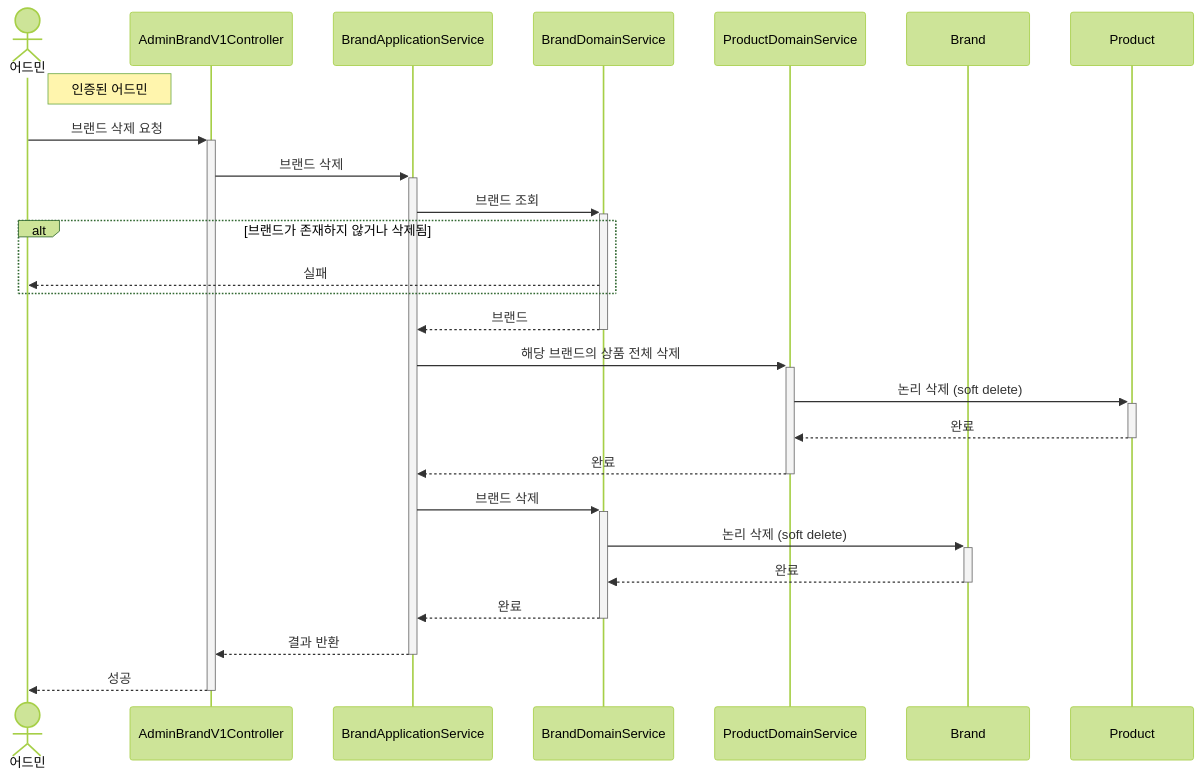
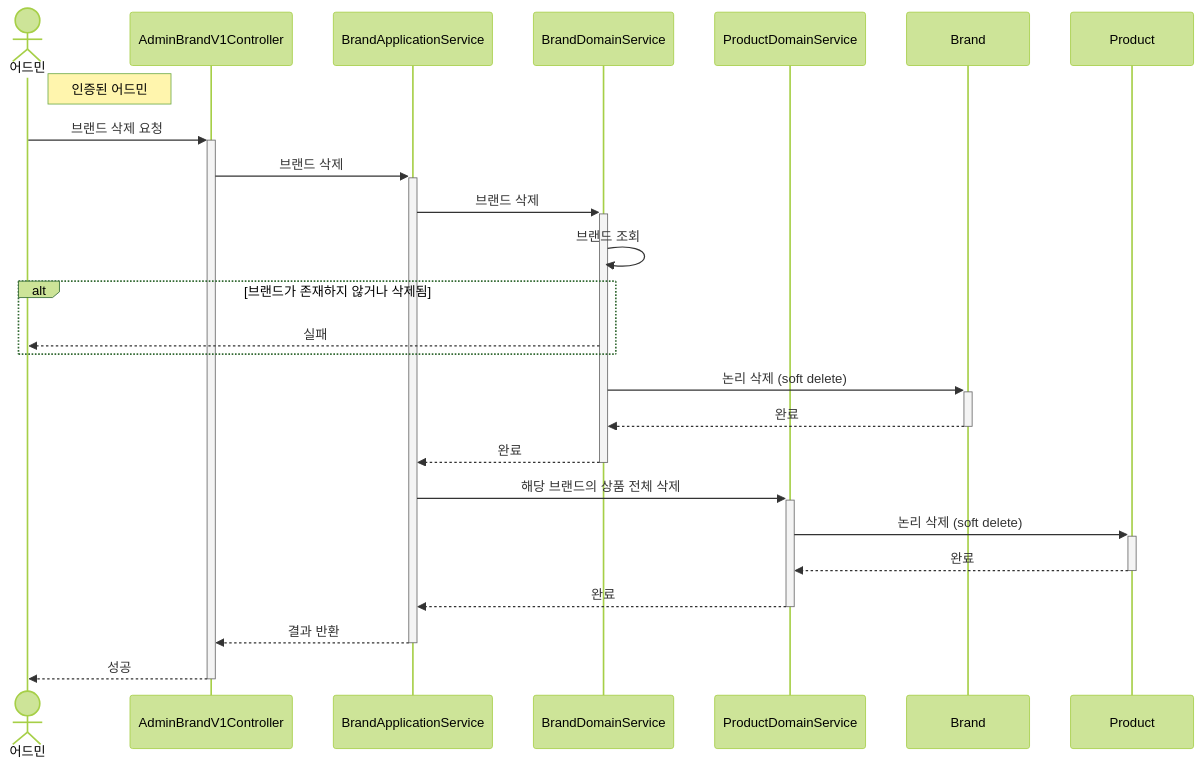
One commit to Loopers-dev-lab/loop-pack-be-l2-vol3-java changed the fifth of 6 diagrams in .docs/02-sequence-diagrams.md. Above: the diagram before and after it, drawn with Mermaid (forest theme). The commit also changed other lines of this file and 3 other files, not shown here.

````diff
--- a/.docs/02-sequence-diagrams.md
+++ b/.docs/02-sequence-diagrams.md
@@ -236,34 +245,32 @@
 ```mermaid
 sequenceDiagram
     actor 어드민
     participant AdminBrandV1Controller
     participant BrandApplicationService
     participant BrandDomainService
     participant ProductDomainService
     participant Brand
     participant Product
 
     Note right of 어드민: 인증된 어드민
 
     어드민->>+AdminBrandV1Controller: 브랜드 삭제 요청
     AdminBrandV1Controller->>+BrandApplicationService: 브랜드 삭제
 
-    BrandApplicationService->>+BrandDomainService: 브랜드 조회
+    BrandApplicationService->>+BrandDomainService: 브랜드 삭제
+    BrandDomainService->>BrandDomainService: 브랜드 조회
     alt 브랜드가 존재하지 않거나 삭제됨
         BrandDomainService-->>어드민: 실패
     end
-    BrandDomainService-->>-BrandApplicationService: 브랜드
+    BrandDomainService->>+Brand: 논리 삭제 (soft delete)
+    Brand-->>-BrandDomainService: 완료
+    BrandDomainService-->>-BrandApplicationService: 완료
 
     BrandApplicationService->>+ProductDomainService: 해당 브랜드의 상품 전체 삭제
     ProductDomainService->>+Product: 논리 삭제 (soft delete)
     Product-->>-ProductDomainService: 완료
     ProductDomainService-->>-BrandApplicationService: 완료
 
-    BrandApplicationService->>+BrandDomainService: 브랜드 삭제
-    BrandDomainService->>+Brand: 논리 삭제 (soft delete)
-    Brand-->>-BrandDomainService: 완료
-    BrandDomainService-->>-BrandApplicationService: 완료
-
     BrandApplicationService-->>-AdminBrandV1Controller: 결과 반환
     AdminBrandV1Controller-->>-어드민: 성공
 ```
````
